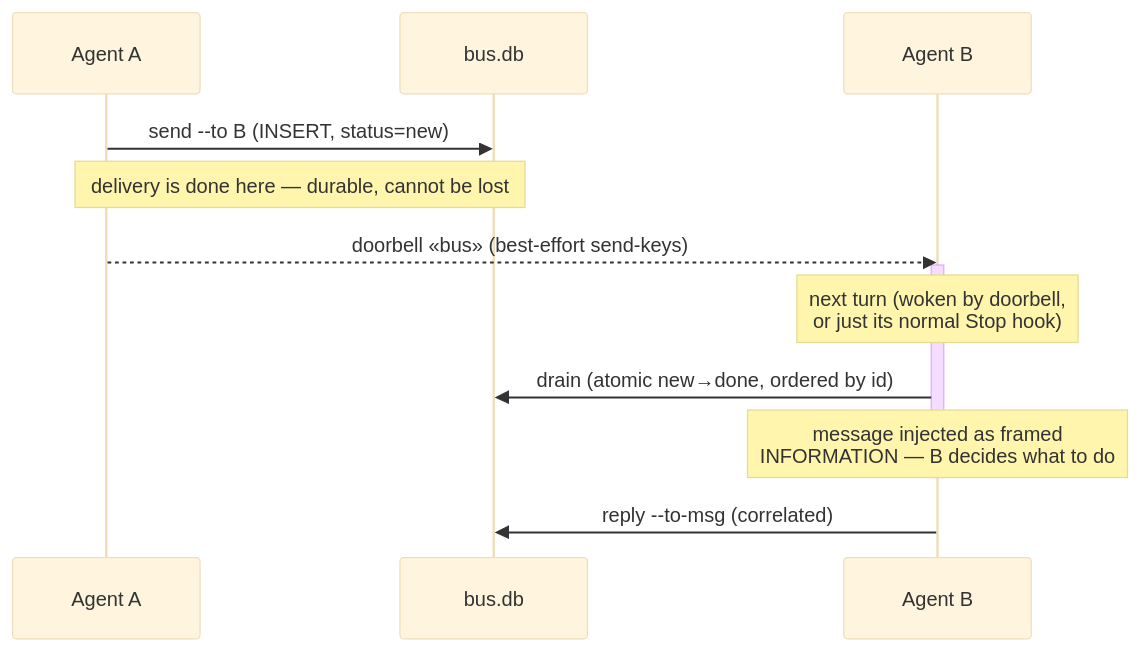
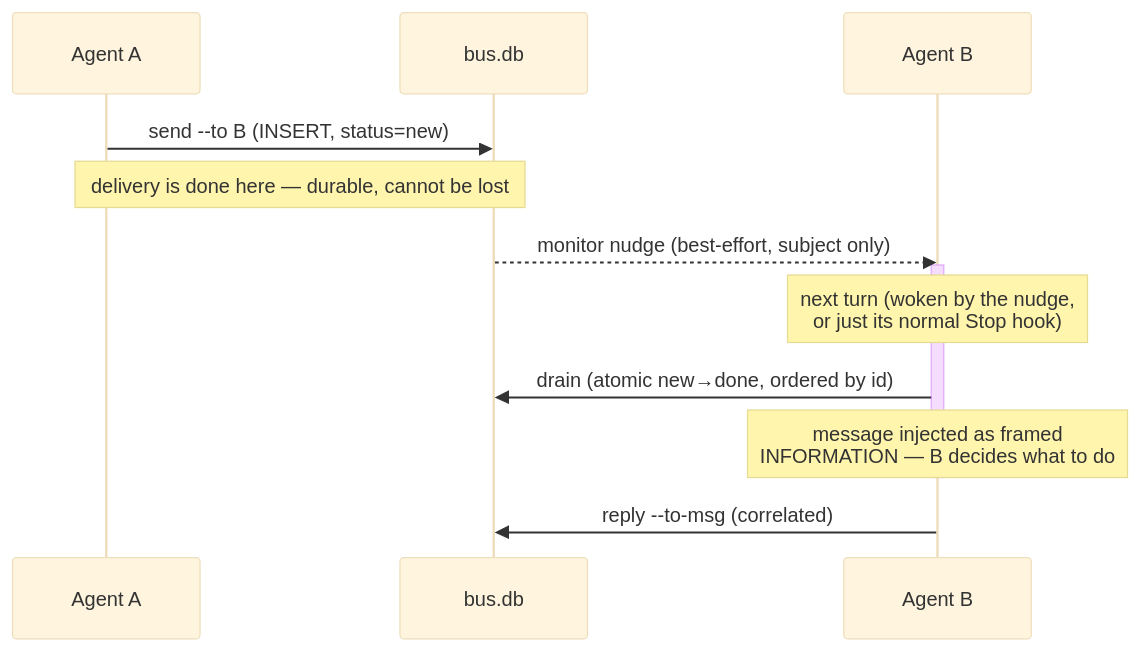
The second of 2 diagrams in README.md (NikiforovAll/tmux-message-bus), drawn with Mermaid (base theme) before and after one commit. The commit also changed other lines of this file and 22 other files, not shown here.

````diff
--- a/README.md
+++ b/README.md
@@ -34,16 +34,16 @@
 ```mermaid
 sequenceDiagram
     participant A as Agent A
     participant DB as bus.db
     participant B as Agent B
 
     A->>DB: send --to B (INSERT, status=new)
     Note over A,DB: delivery is done here — durable, cannot be lost
-    A-->>B: doorbell «bus» (best-effort send-keys)
+    DB-->>B: monitor nudge (best-effort, subject only)
     activate B
-    Note over B: next turn (woken by doorbell,<br/>or just its normal Stop hook)
+    Note over B: next turn (woken by the nudge,<br/>or just its normal Stop hook)
     B->>DB: drain (atomic new→done, ordered by id)
     Note over B: message injected as framed<br/>INFORMATION — B decides what to do
     deactivate B
     B->>DB: reply --to-msg (correlated)
 ```
````
